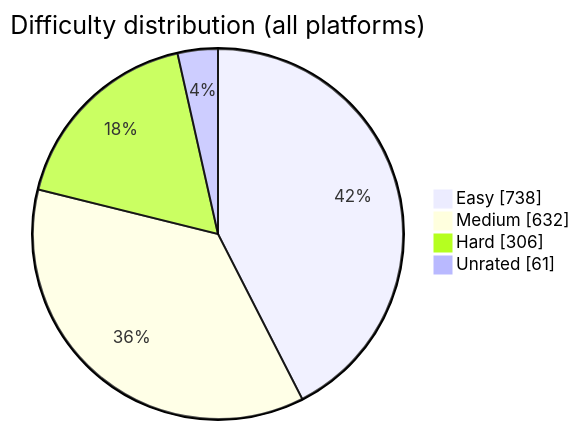
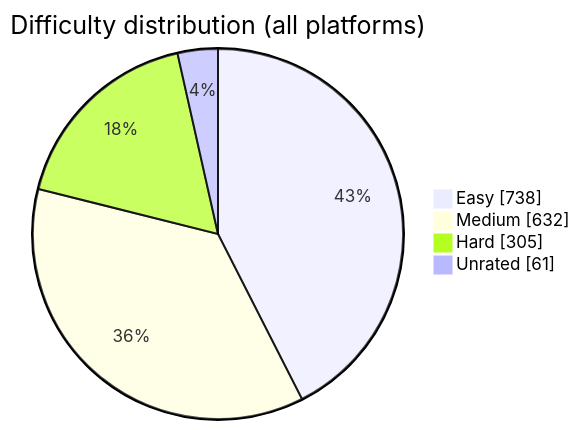
One commit to BuildbyArindam/Daily-Coding-Log changed the diagram in README.md. Above: the diagram before and after it, drawn with Mermaid. The commit also changed other lines of this file, not shown here.

````diff
--- a/README.md
+++ b/README.md
@@ -93,7 +93,7 @@
 ```mermaid
 pie showData title Difficulty distribution (all platforms)
     "Easy" : 738
     "Medium" : 632
-    "Hard" : 306
+    "Hard" : 305
     "Unrated" : 61
 ```
````
